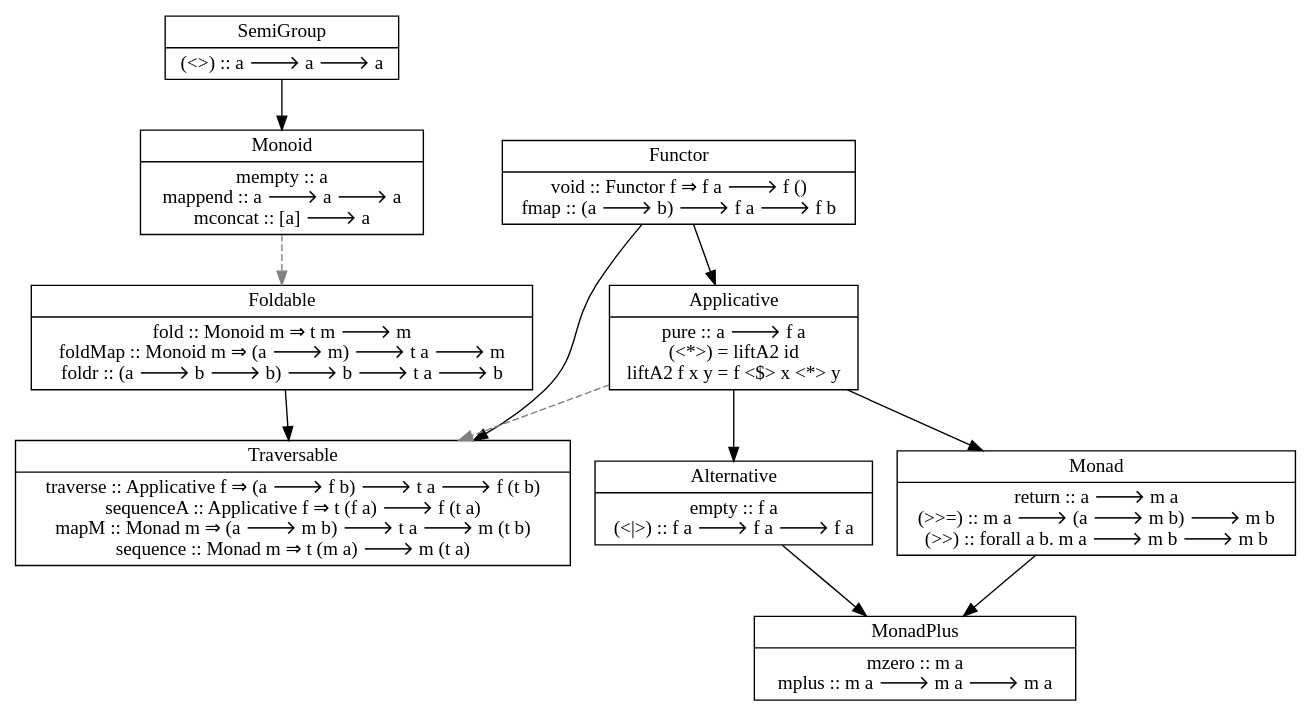
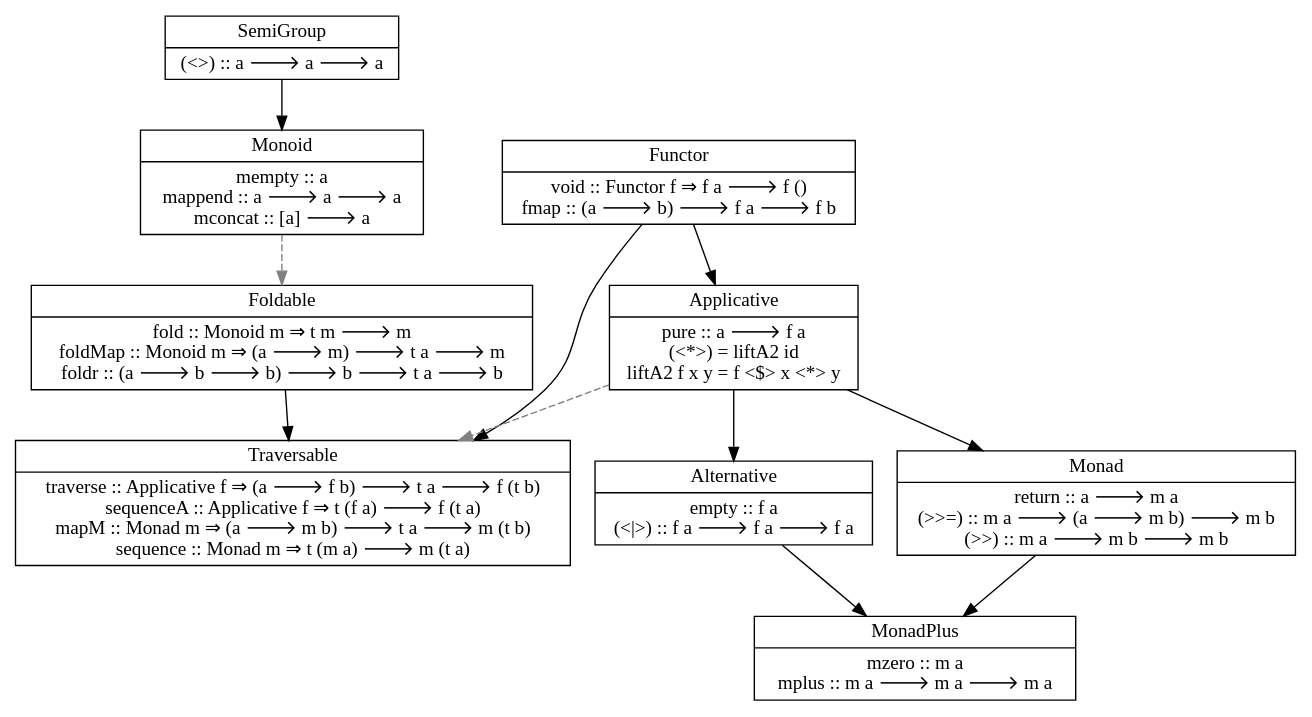
Before and after one commit to fuszenecker/HsDie: the diagram in HaskellTypeClasses.gv, drawn with Graphviz. The commit also changed 1 other file, not shown here.

Commit message:
Removed another forall.

```diff
--- a/HaskellTypeClasses.gv
+++ b/HaskellTypeClasses.gv
@@ -1,59 +1,59 @@
 digraph TECU {
     graph [ fontname = "dubai" ]
     node  [ fontname = "dubai" shape = record ]
     edge  [ fontname = "dubai" ]
 
     SemiGroup [
         label = "{SemiGroup|(\<\>) :: a 🡒 a 🡒 a}"
     ]
 
     Monoid [
         label = "{Monoid|mempty :: a\nmappend :: a 🡒 a 🡒 a\nmconcat :: [a] 🡒 a}"
     ]
 
     Foldable [
         label = "{Foldable|fold :: Monoid m ⇒ t m 🡒 m\nfoldMap :: Monoid m ⇒ (a 🡒 m) 🡒 t a 🡒 m\nfoldr :: (a 🡒 b 🡒 b) 🡒 b 🡒 t a 🡒 b}"
     ]
 
     Traversable [
         label = "{Traversable|traverse :: Applicative f ⇒ (a 🡒 f b) 🡒 t a 🡒 f (t b)\nsequenceA :: Applicative f ⇒ t (f a) 🡒 f (t a)\nmapM :: Monad m ⇒ (a 🡒 m b) 🡒 t a 🡒 m (t b)\nsequence :: Monad m ⇒ t (m a) 🡒 m (t a)}"
     ]
 
     Functor [
         label = "{Functor|void :: Functor f ⇒ f a 🡒 f ()\nfmap :: (a 🡒 b) 🡒 f a 🡒 f b}"
     ]
 
     Applicative [
         label = "{Applicative|pure :: a 🡒 f a\n(\<*\>) = liftA2 id\nliftA2 f x y = f \<$\> x \<*\> y}"
     ]
 
     Alternative [
         label = "{Alternative|empty :: f a\n(\<\|\>) :: f a 🡒 f a 🡒 f a}"
     ]
 
     Monad [
-        label = "{Monad|return :: a 🡒 m a\n(\>\>=) :: m a 🡒 (a 🡒 m b) 🡒 m b\n(\>\>) :: forall a b. m a 🡒 m b 🡒 m b}"
+        label = "{Monad|return :: a 🡒 m a\n(\>\>=) :: m a 🡒 (a 🡒 m b) 🡒 m b\n(\>\>) :: m a 🡒 m b 🡒 m b}"
     ]
 
     MonadPlus [
         label = "{MonadPlus|mzero :: m a\nmplus :: m a 🡒 m a 🡒 m a}"
     ]
 
     SemiGroup -> Monoid
 
     Foldable -> Traversable
 
     Functor -> Traversable
 
     Functor -> Applicative
     Applicative -> Monad
     Applicative -> Alternative
 
     Monad -> MonadPlus
     Alternative -> MonadPlus
 
     edge [ style = dashed, color = grey ]
 
     Monoid -> Foldable
     Applicative -> Traversable
 }
```
